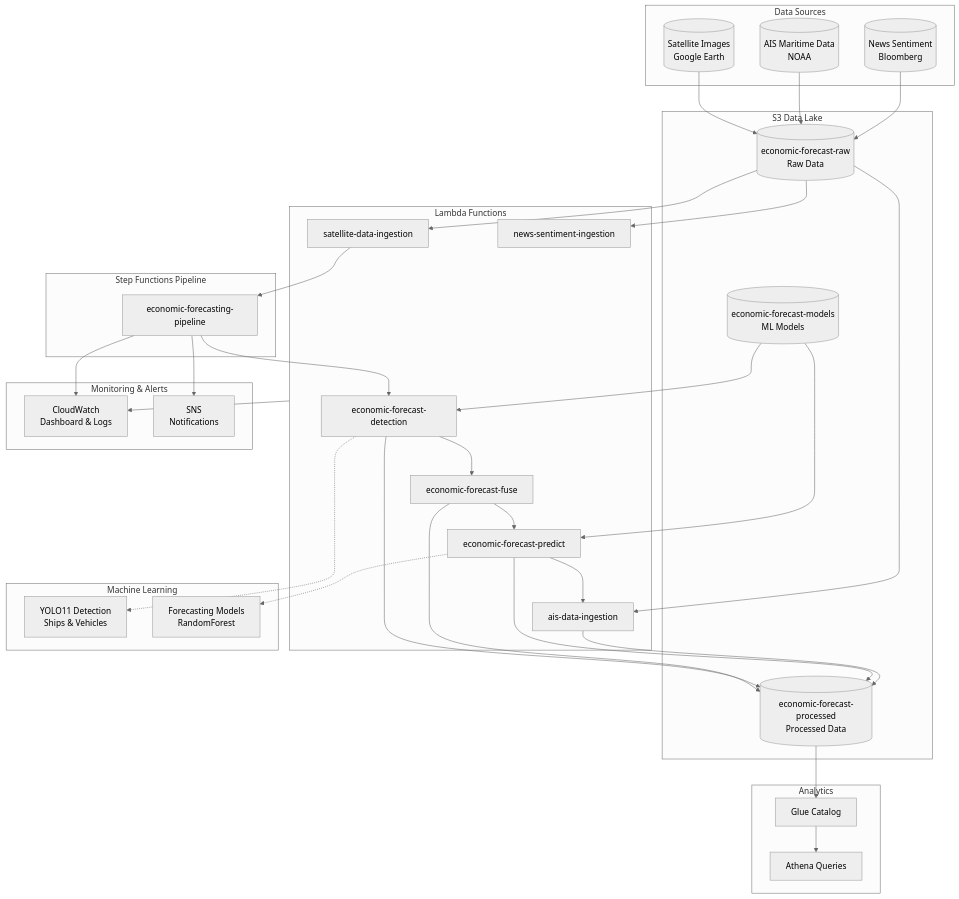
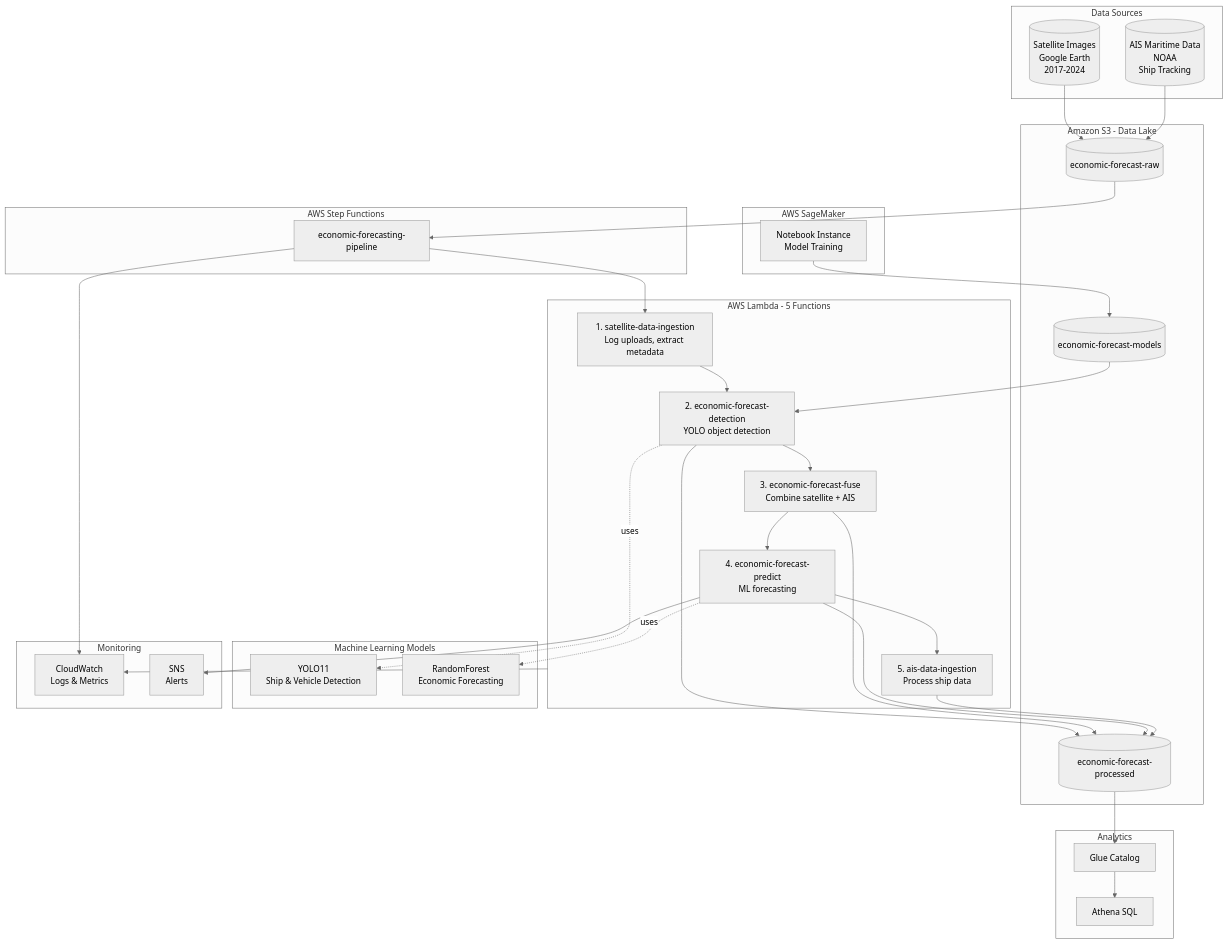
Before and after one commit to amansahu205/Real-Time-Economic-Forecasting: the first of 4 diagrams in docs/architecture_diagram.md, drawn with Mermaid (neutral theme).

Commit message:
Improve architecture diagram with more AWS services

````diff
--- a/docs/architecture_diagram.md
+++ b/docs/architecture_diagram.md
@@ -5,75 +5,79 @@
 ```mermaid
 flowchart TB
     subgraph DataSources["Data Sources"]
-        SAT[("Satellite Images<br/>Google Earth")]
-        AIS[("AIS Maritime Data<br/>NOAA")]
-        NEWS[("News Sentiment<br/>Bloomberg")]
+        SAT[("Satellite Images<br/>Google Earth<br/>2017-2024")]
+        AIS[("AIS Maritime Data<br/>NOAA<br/>Ship Tracking")]
     end
 
-    subgraph S3Storage["S3 Data Lake"]
-        RAW[("economic-forecast-raw<br/>Raw Data")]
-        PROC[("economic-forecast-processed<br/>Processed Data")]
-        MODELS[("economic-forecast-models<br/>ML Models")]
+    subgraph S3["Amazon S3 - Data Lake"]
+        RAW[("economic-forecast-raw")]
+        PROC[("economic-forecast-processed")]
+        MODELS[("economic-forecast-models")]
     end
 
-    subgraph Lambda["Lambda Functions"]
-        L1["satellite-data-ingestion"]
-        L2["economic-forecast-detection"]
-        L3["economic-forecast-fuse"]
-        L4["economic-forecast-predict"]
-        L5["ais-data-ingestion"]
-        L6["news-sentiment-ingestion"]
+    subgraph SF["AWS Step Functions"]
+        PIPELINE["economic-forecasting-pipeline"]
     end
 
-    subgraph StepFunctions["Step Functions Pipeline"]
-        SF["economic-forecasting-pipeline"]
+    subgraph Lambda["AWS Lambda - 5 Functions"]
+        L1["1. satellite-data-ingestion<br/>Log uploads, extract metadata"]
+        L2["2. economic-forecast-detection<br/>YOLO object detection"]
+        L3["3. economic-forecast-fuse<br/>Combine satellite + AIS"]
+        L4["4. economic-forecast-predict<br/>ML forecasting"]
+        L5["5. ais-data-ingestion<br/>Process ship data"]
     end
 
-    subgraph ML["Machine Learning"]
-        YOLO["YOLO11 Detection<br/>Ships & Vehicles"]
-        FORECAST["Forecasting Models<br/>RandomForest"]
+    subgraph ML["Machine Learning Models"]
+        YOLO["YOLO11<br/>Ship & Vehicle Detection"]
+        RF["RandomForest<br/>Economic Forecasting"]
     end
 
-    subgraph Monitoring["Monitoring & Alerts"]
-        CW["CloudWatch<br/>Dashboard & Logs"]
-        SNS["SNS<br/>Notifications"]
+    subgraph Monitor["Monitoring"]
+        CW["CloudWatch<br/>Logs & Metrics"]
+        SNS["SNS<br/>Alerts"]
     end
 
     subgraph Analytics["Analytics"]
         GLUE["Glue Catalog"]
-        ATHENA["Athena Queries"]
+        ATHENA["Athena SQL"]
     end
 
-    %% Data Flow
+    subgraph SageMaker["AWS SageMaker"]
+        NB["Notebook Instance<br/>Model Training"]
+    end
+
+    %% Data ingestion
     SAT --> RAW
     AIS --> RAW
-    NEWS --> RAW
 
-    RAW --> L1
-    RAW --> L5
-    RAW --> L6
-
-    L1 --> SF
-    SF --> L2
+    %% Pipeline flow
+    RAW --> PIPELINE
+    PIPELINE --> L1
+    L1 --> L2
     L2 --> L3
     L3 --> L4
     L4 --> L5
 
-    L2 -.-> YOLO
-    L4 -.-> FORECAST
+    %% ML connections
+    MODELS --> L2
+    L2 -.->|uses| YOLO
+    L4 -.->|uses| RF
 
+    %% Output storage
     L2 --> PROC
     L3 --> PROC
     L4 --> PROC
     L5 --> PROC
 
+    %% Analytics
     PROC --> GLUE
     GLUE --> ATHENA
 
-    SF --> CW
-    SF --> SNS
+    %% Monitoring
     Lambda --> CW
+    PIPELINE --> CW
+    L4 --> SNS
 
-    MODELS --> L2
-    MODELS --> L4
+    %% SageMaker
+    NB --> MODELS
 ```
````
